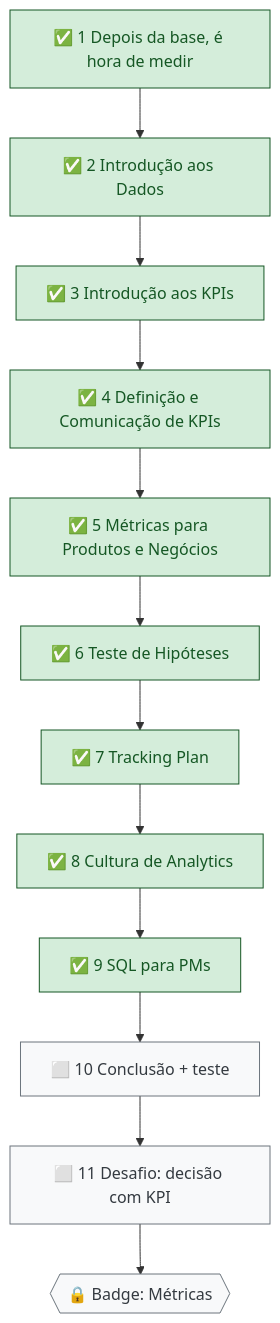
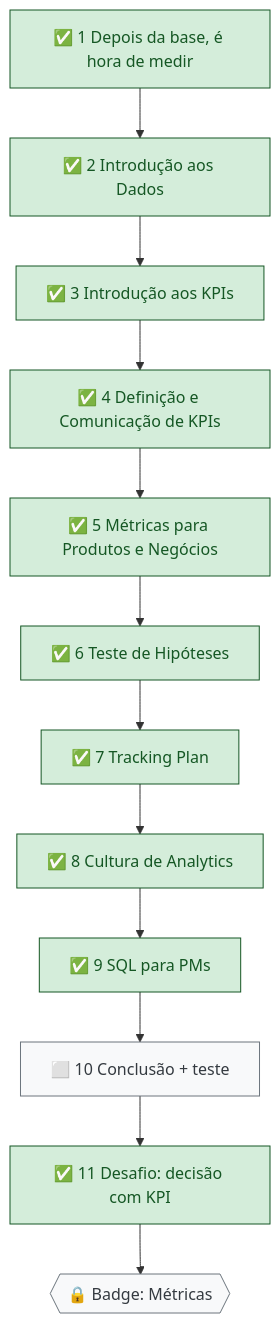
The third of 5 diagrams in mapa-de-estudos.md (letsprown-code/po-learning-journal), drawn with Mermaid before and after one commit. The commit also changed other lines of this file and 3 other files, not shown here.

First line of the commit message:
DPL 02 aula 11: Desafio KPI (OGSM, TeraMove)

```diff
--- a/mapa-de-estudos.md
+++ b/mapa-de-estudos.md
@@ -104,12 +104,12 @@
 ~~~mermaid
 flowchart TD
     N1["✅ 1 Depois da base, é hora de medir"] --> N2["✅ 2 Introdução aos Dados"] --> N3["✅ 3 Introdução aos KPIs"]
     N3 --> N4["✅ 4 Definição e Comunicação de KPIs"] --> N5["✅ 5 Métricas para Produtos e Negócios"] --> N6["✅ 6 Teste de Hipóteses"]
     N6 --> N7["✅ 7 Tracking Plan"] --> N8["✅ 8 Cultura de Analytics"] --> N9["✅ 9 SQL para PMs"]
-    N9 --> N10["⬜ 10 Conclusão + teste"] --> N11["⬜ 11 Desafio: decisão com KPI"]
+    N9 --> N10["⬜ 10 Conclusão + teste"] --> N11["✅ 11 Desafio: decisão com KPI"]
     N11 --> B2{{"🔒 Badge: Métricas"}}
     classDef done fill:#d4edda,stroke:#155724,color:#155724
     classDef todo fill:#f8f9fa,stroke:#6c757d,color:#343a40
-    class N1,N2,N3,N4,N5,N6,N7,N8,N9 done
-    class N10,N11,B2 todo
+    class N1,N2,N3,N4,N5,N6,N7,N8,N9,N11 done
+    class N10,B2 todo
 ~~~
```
